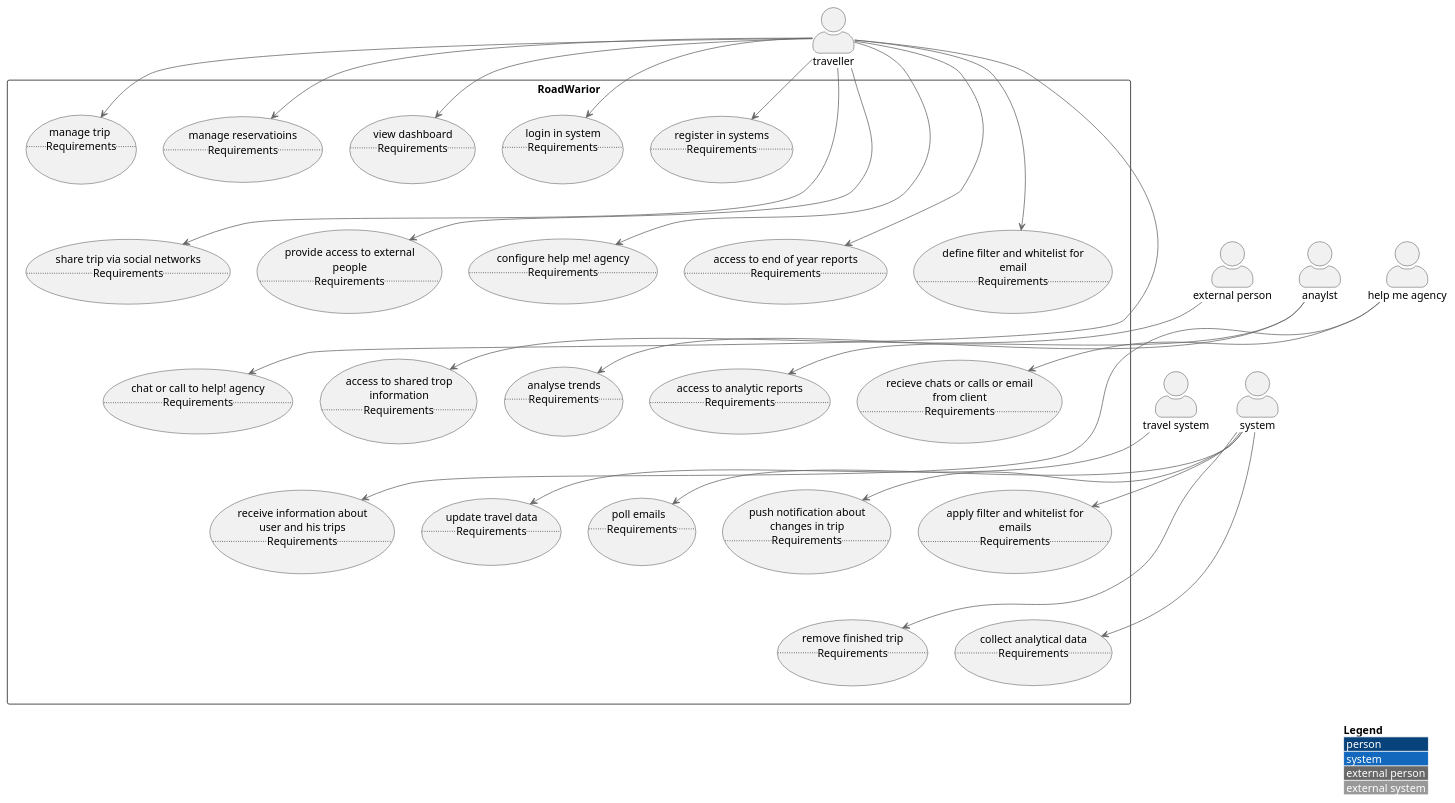
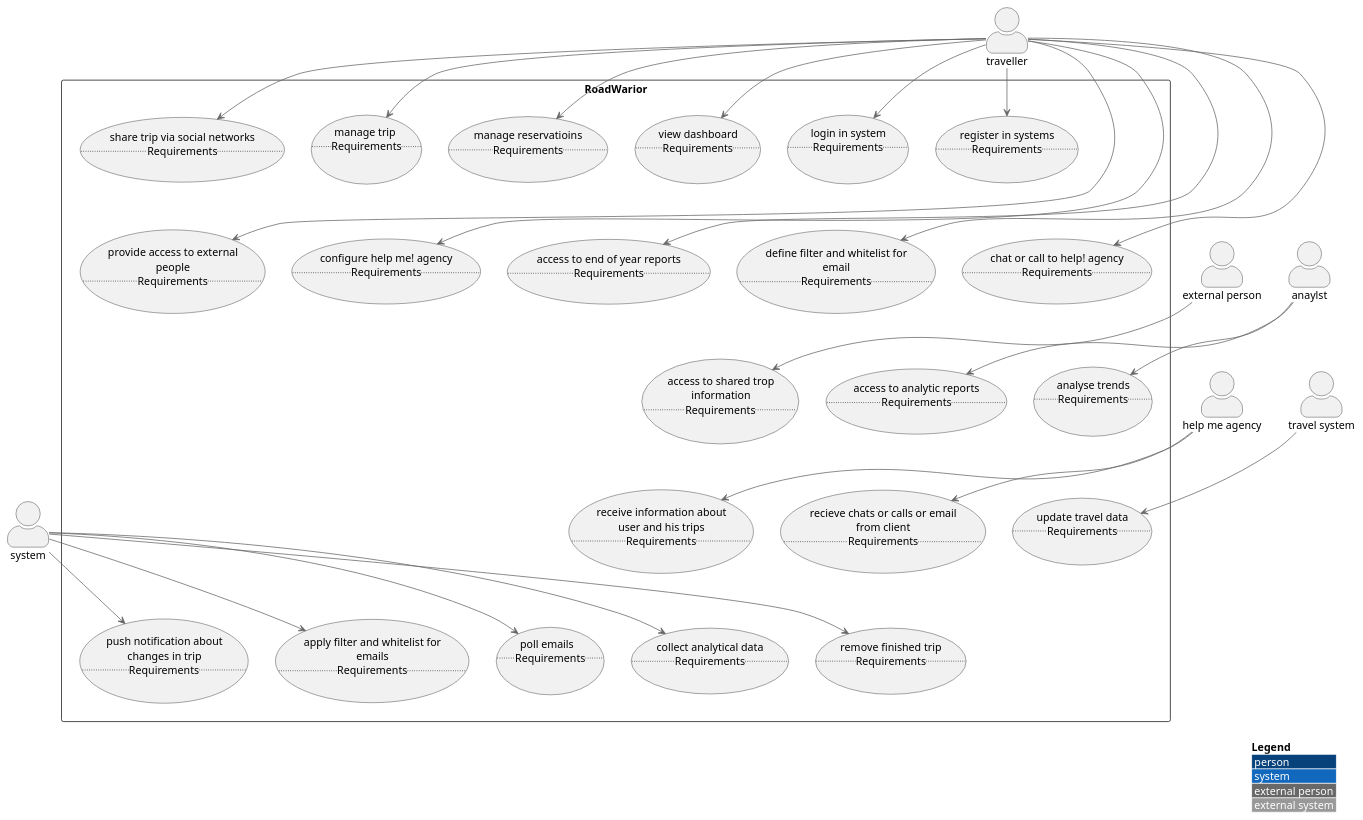
The diagram in diagrams/use-cases.puml (wschaef/architecture-kata-2023), drawn with PlantUML before and after one commit.

Commit message:
Beautifying :-)

```diff
--- a/diagrams/use-cases.puml
+++ b/diagrams/use-cases.puml
@@ -1,136 +1,138 @@
 @startuml UseCaseOverview
 !include <C4/C4_Context>
 
 LAYOUT_WITH_LEGEND()
 
 actor :traveller: as tr
 actor :external person: as ep
 actor :anaylst: as an
 actor :help me agency: as hma
 actor :travel system: as ts
 actor :system: as sy
 
 rectangle RoadWarior {
     together {
   usecase RIS as "register in systems 
   ..Requirements..
   "
   usecase lis as "login in system
   ..Requirements..
   "
   usecase vd as "view dashboard
   ..Requirements..
   "
   
     usecase mr as "manage reservatioins
   ..Requirements..
   "
   usecase mt as "manage trip
   ..Requirements..
   "
-  }
-  together  {
     usecase stsn as "share trip via social networks
   ..Requirements..
   "
+  }
+  together  {
   usecase patep as "provide access to external people
   ..Requirements..
   "
 
   usecase cmha as "configure help me! agency
   ..Requirements..
   "
   usecase ater as "access to end of year reports
   ..Requirements..
   "
 
   usecase dfawfe as "define filter and whitelist for email
   ..Requirements..
   "
+    usecase coctha as "chat or call to help! agency
+  ..Requirements..
+  "
+
     }
   together {
-  usecase coctha as "chat or call to help! agency
-  ..Requirements..
-  "
 
   usecase atsti as "access to shared trop information
   ..Requirements..
   "
 
   usecase atar as "access to analytic reports
   ..Requirements..
   "
 
   usecase at as "analyse trends
   ..Requirements..
   "
-  usecase rcocoefc as "recieve chats or calls or email from client
-  ..Requirements..
-  "
   }
   together {
   usecase riauaht as "receive information about user and his trips
   ..Requirements..
   "
   usecase utd as "update travel data
   ..Requirements..
   "
+  usecase rcocoefc as "recieve chats or calls or email from client
+  ..Requirements..
+  "
+  }
+  together {
 
   usecase pe as "poll emails
   ..Requirements..
   "
 
     usecase afawfe as "apply filter and whitelist for emails
   ..Requirements..
   "
   usecase pnacit as "push notification about changes in trip
   ..Requirements..
   "
-    }
-  together {
+    
     usecase rft as "remove finished trip
   ..Requirements..
   "
 
   usecase cad as "collect analytical data
   ..Requirements..
   "
 
     }
 }
 
-sy --> cad
+sy -R-> cad
 sy --> rft
 sy --> pnacit
 sy --> afawfe
 sy --> pe
 
 tr --> RIS
 tr --> lis
 tr --> vd
 tr --> mr
 tr --> mt
 tr --> stsn
 tr --> patep
 tr --> cmha
 tr --> coctha
 tr --> ater
 tr --> dfawfe
 
 ep --> atsti
 
 an --> at
 an --> atar
 
 hma --> rcocoefc
 hma --> riauaht
 
 ts --> utd
 
 'Include dependencies, so that they are not in a single line
-RIS -[hidden]- stsn
-stsn -[hidden]- coctha
-coctha -[hidden]- riauaht 
+RIS -[hidden]- patep
+patep -[hidden]- atsti
+atsti -[hidden]- riauaht 
 riauaht -[hidden]- rft
 
 @enduml
```
